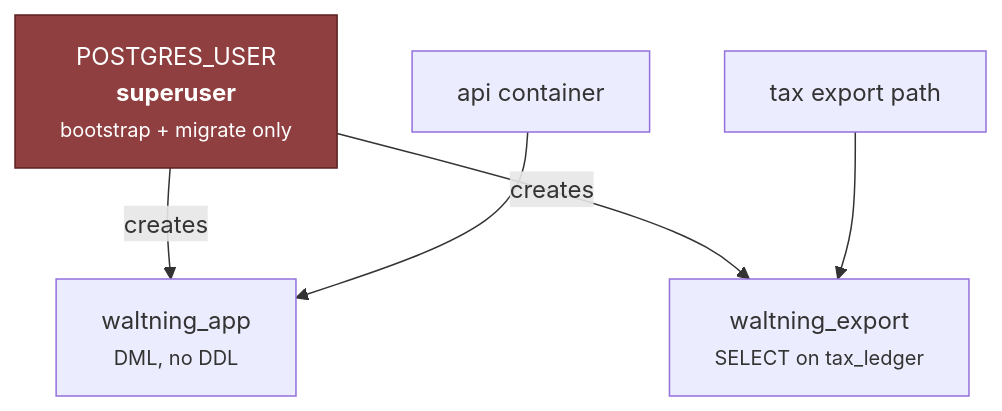
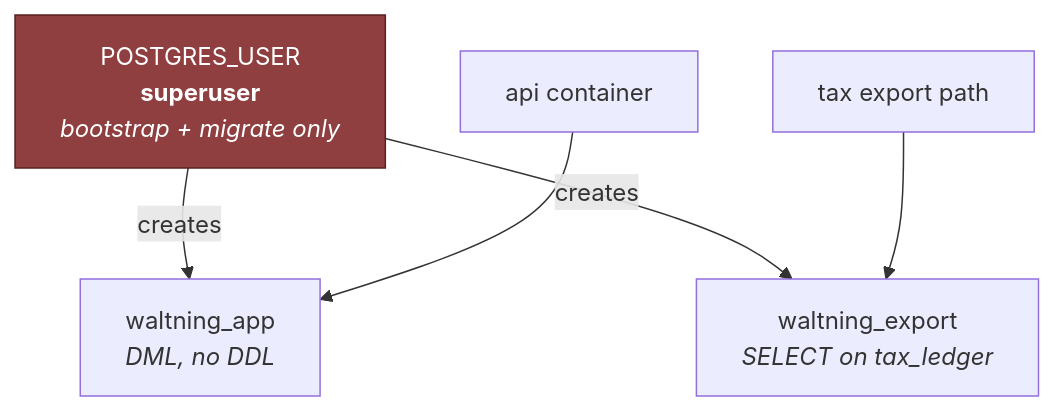
One commit to VoltLightning/waltning changed the second of 3 diagrams in docs/specification/architecture/05-deployment.md. Above: the diagram before and after it, drawn with Mermaid. The commit also changed other lines of this file and 15 other files, not shown here.

````diff
--- a/docs/specification/architecture/05-deployment.md
+++ b/docs/specification/architecture/05-deployment.md
@@ -168,13 +168,13 @@
 ```mermaid
 graph TB
-    SU["POSTGRES_USER<br/><b>superuser</b><br/><small>bootstrap + migrate only</small>"]
-    APP["waltning_app<br/><small>DML, no DDL</small>"]
-    EXP["waltning_export<br/><small>SELECT on tax_ledger</small>"]
+    SU["POSTGRES_USER<br/><b>superuser</b><br/><i>bootstrap + migrate only</i>"]
+    APP["waltning_app<br/><i>DML, no DDL</i>"]
+    EXP["waltning_export<br/><i>SELECT on tax_ledger</i>"]
     SU -->|creates| APP
     SU -->|creates| EXP
     API["api container"] --> APP
     TAXP["tax export path"] --> EXP
 
     classDef danger fill:#8f3f3f,stroke:#5c2020,color:#fff
     class SU danger
 ```
````
